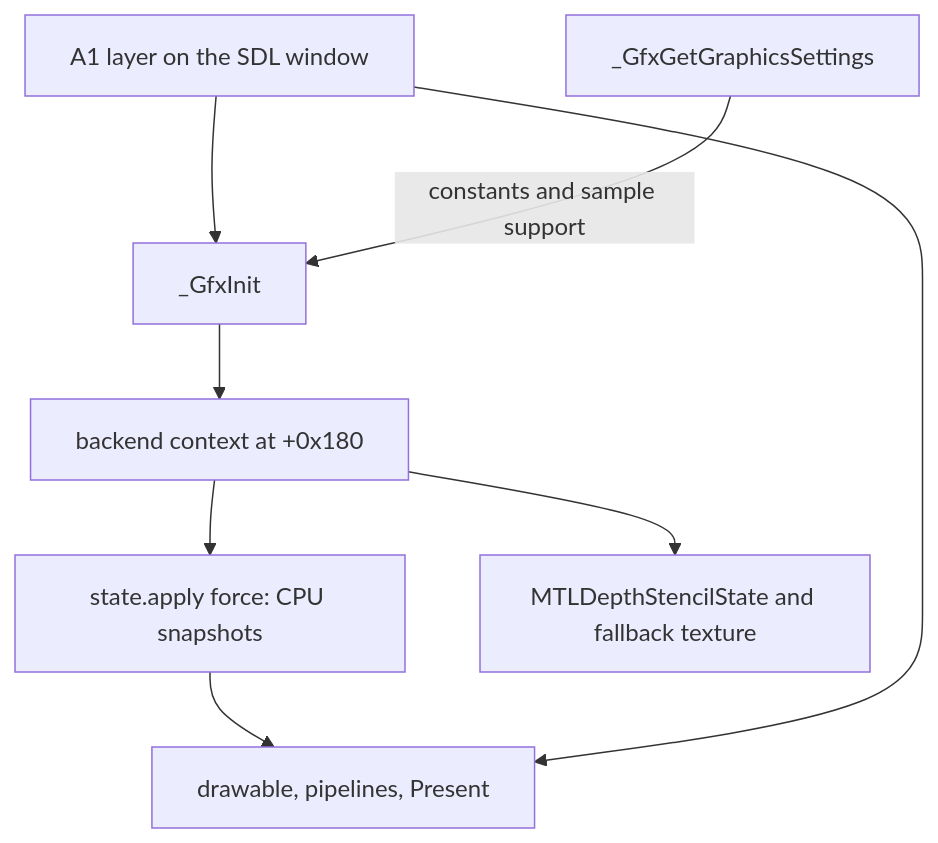
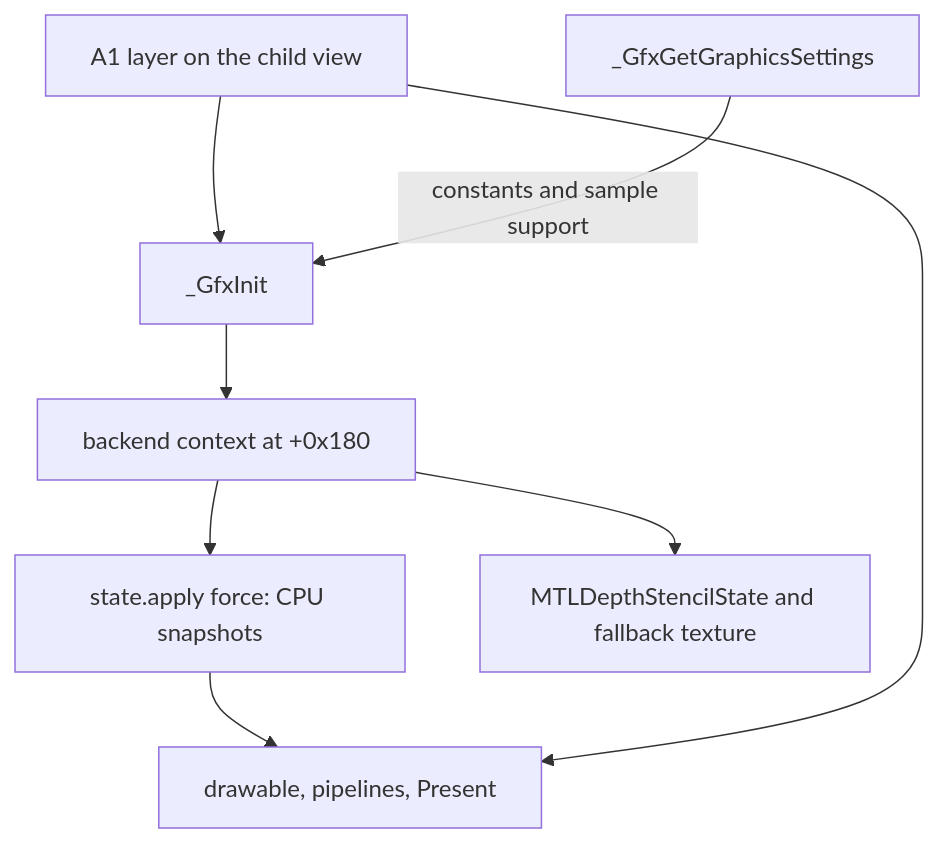
Before and after one commit to HagbardCel/eu4-mac-perf: the diagram in analysis/reconstruction/gfx-semantic/v1/metal-init-interface.md, drawn with Mermaid. The commit also changed other lines of this file, not shown here.

First line of the commit message:
docs: adopt the A1 child-view layer and keep startup past the glew stop

````diff
--- a/analysis/reconstruction/gfx-semantic/v1/metal-init-interface.md
+++ b/analysis/reconstruction/gfx-semantic/v1/metal-init-interface.md
@@ -7,17 +7,17 @@
 ```mermaid
 flowchart TD
-  a1["A1 layer on the SDL window"]
+  a1["A1 layer on the child view"]
   settings["_GfxGetGraphicsSettings"]
   init["_GfxInit"]
   backend["backend context at +0x180"]
   logical["state.apply force: CPU snapshots"]
   gpu["MTLDepthStencilState and fallback texture"]
   later["drawable, pipelines, Present"]
   a1 --> init
   settings -->|"constants and sample support"| init
   init --> backend
   backend --> logical
   backend --> gpu
   logical --> later
   a1 --> later
 ```
````
